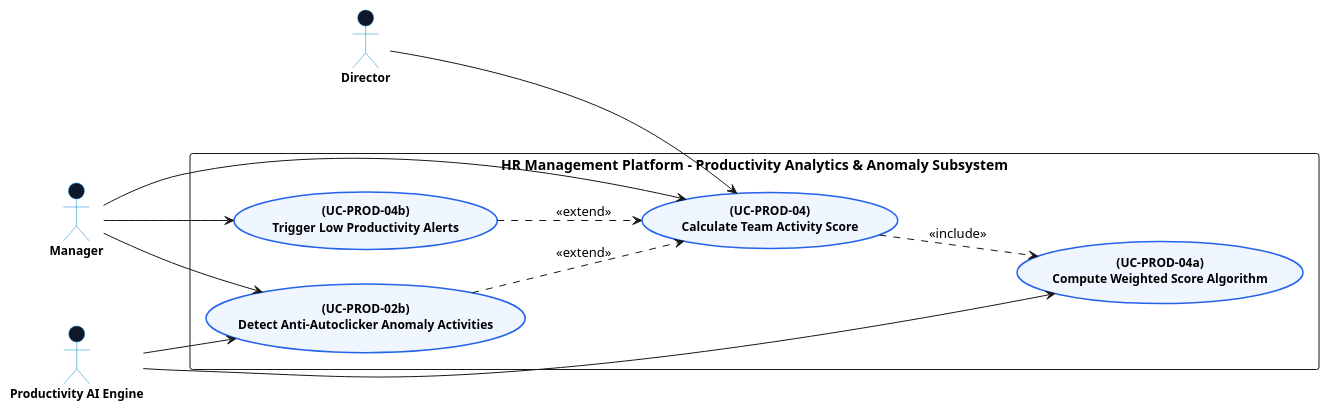
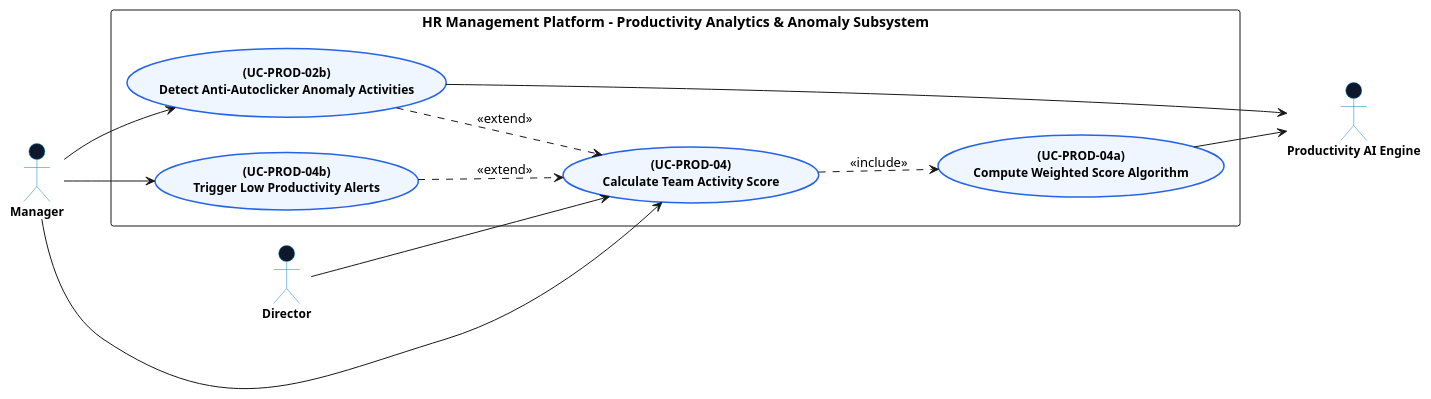
One commit to Dikhang1112/Monitoring_HR changed the diagram in docs/usecase_diagram/productivity_monitoring/ProductivityAnalyticsDiagram.md. Above: the diagram before and after it, drawn with PlantUML. The commit also changed other lines of this file and 17 other files, not shown here.

Commit message:
Usecase diagram of payroll

````diff
--- a/docs/usecase_diagram/productivity_monitoring/ProductivityAnalyticsDiagram.md
+++ b/docs/usecase_diagram/productivity_monitoring/ProductivityAnalyticsDiagram.md
@@ -9,64 +9,70 @@
 ```plantuml
 @startuml
 left to right direction
 skinparam packageStyle rectangle
 skinparam backgroundColor #ffffff
 skinparam shadowing false
 skinparam actorStyle stickman
 
 skinparam usecase {
   BackgroundColor #EFF6FF
   BorderColor #2563EB
   BorderThickness 1.5
   FontSize 12
   FontStyle bold
   FontName "Segoe UI"
 }
 
 skinparam actor {
   BackgroundColor #0F172A
   BorderColor #0284C7
   FontSize 12
   FontStyle bold
   FontName "Segoe UI"
 }
 
 ' =====================================================
-' ACTORS
+' PRIMARY ACTORS (LEFT SIDE)
 ' =====================================================
 actor "Manager" as MGR
 actor "Director" as DIR
-actor "Productivity AI Engine" as AI_ENGINE
 
 ' =====================================================
-' SYSTEM BOUNDARY & USE CASES
+' SYSTEM BOUNDARY & USE CASES (CENTER)
 ' =====================================================
 rectangle "HR Management Platform - Productivity Analytics & Anomaly Subsystem" {
     
     usecase "(UC-PROD-04)\nCalculate Team Activity Score" as UC_PROD04
     usecase "(UC-PROD-04a)\nCompute Weighted Score Algorithm" as UC_PROD04A
     usecase "(UC-PROD-04b)\nTrigger Low Productivity Alerts" as UC_PROD04B
     usecase "(UC-PROD-02b)\nDetect Anti-Autoclicker Anomaly Activities" as UC_PROD02B
 }
 
 ' =====================================================
+' SECONDARY ACTORS (RIGHT SIDE)
+' =====================================================
+actor "Productivity AI Engine" as AI_ENGINE
+
+' =====================================================
 ' ACTOR CONNECTIONS
 ' =====================================================
+' Left Actors to Use Cases
 MGR --> UC_PROD04
 DIR --> UC_PROD04
 
 MGR --> UC_PROD04B
 MGR --> UC_PROD02B
 
-AI_ENGINE --> UC_PROD04A
-AI_ENGINE --> UC_PROD02B
+' Use Cases to Right Actors
+UC_PROD04A --> AI_ENGINE
+UC_PROD02B --> AI_ENGINE
 
 ' =====================================================
 ' INCLUDE & EXTEND RELATIONSHIPS
 ' =====================================================
 UC_PROD04 ..> UC_PROD04A : <<include>>
 UC_PROD04B ..> UC_PROD04 : <<extend>>
 UC_PROD02B ..> UC_PROD04 : <<extend>>
 
 @enduml
 ```
````
